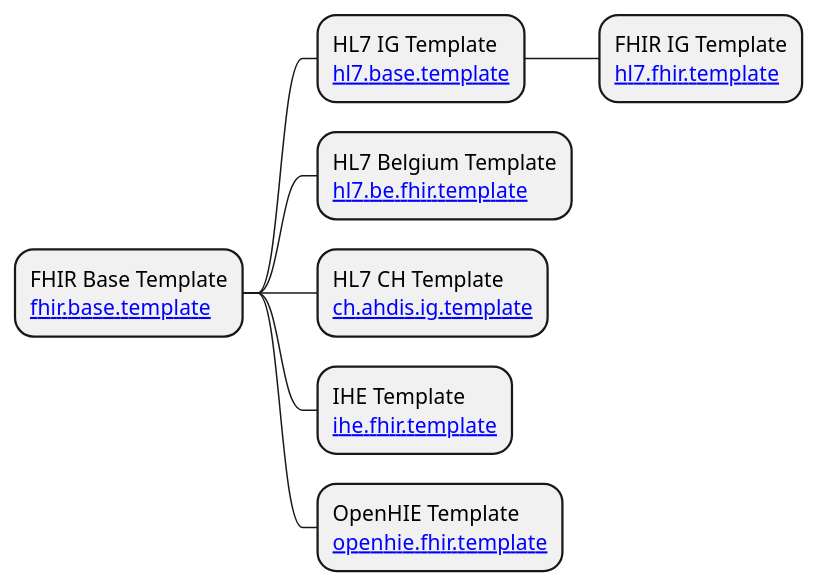
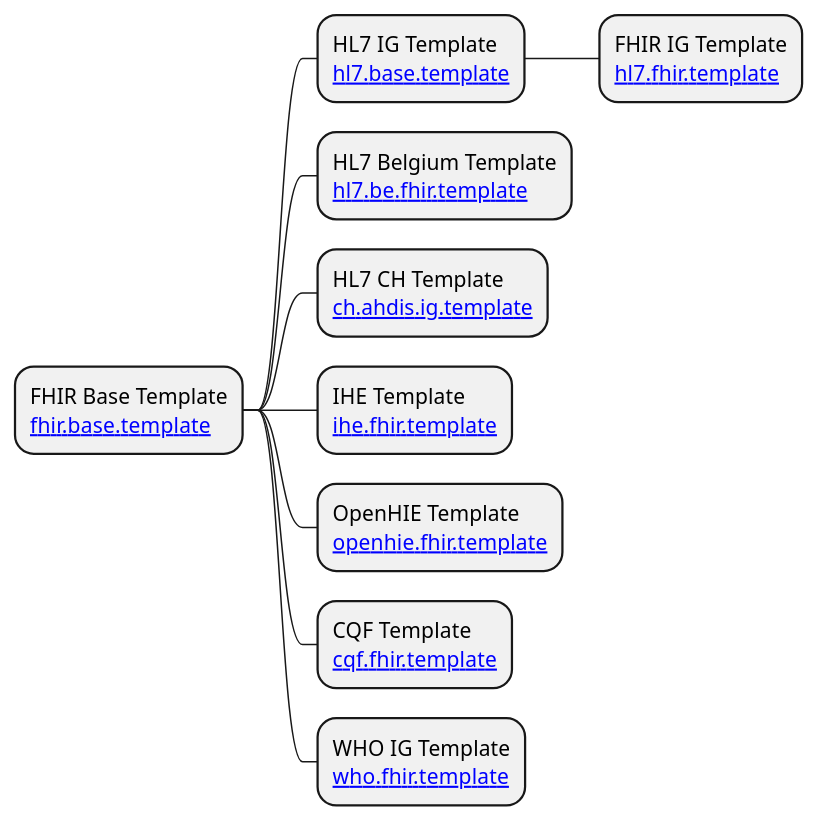
Before and after one commit to costateixeira/ig_templates: the diagram in templates.pu, drawn with PlantUML.

```diff
--- a/templates.pu
+++ b/templates.pu
@@ -1,11 +1,13 @@
 @startmindmap
 * FHIR Base Template\n[[https://github.com/HL7/ig-template-base{https://github.com/HL7/ig-template-base} fhir.base.template]]
 ** HL7 IG Template\n[[https://github.com/HL7/ig-template-hl7{https://github.com/HL7/ig-template-hl7} hl7.base.template]]
 *** FHIR IG Template\n[[https://github.com/HL7/ig-template-fhir{https://github.com/HL7/ig-template-fhir} hl7.fhir.template]]
 '**** HL7 IT Template\n[[https://github.com/HL7/ig-template-fhir{} hl7.it.fhir.template]]
 '** FHIR Affiliate IG Template\n[[hl7.affiliates.fhir.template]]
 ** HL7 Belgium Template\n[[https://github.com/hl7-be/hl7.be.fhir.template{https://github.com/hl7-be/hl7.be.fhir.template} hl7.be.fhir.template]]
 ** HL7 CH Template\n[[https://github.com/ahdis/ig-template{https://github.com/ahdis/ig-template} ch.ahdis.ig.template]]
 ** IHE Template\n[[https://github.com/IHE/ihe-ig-template{https://github.com/IHE/ihe-ig-template} ihe.fhir.template]]
 ** OpenHIE Template\n[[https://github.com/openhie/openhie-ig-template{https://github.com/openhie/openhie-ig-template} openhie.fhir.template]]
+** CQF Template\n[[https://github.com/cqframework/cqf-ig-template{https://github.com/cqframework/cqf-ig-template} cqf.fhir.template]]
+** WHO IG Template\n[[https://github.com/WorldHealthOrganization/smart-ig{https://github.com/WorldHealthOrganization/smart-ig} who.fhir.template]]
 @endmindmap 
```
